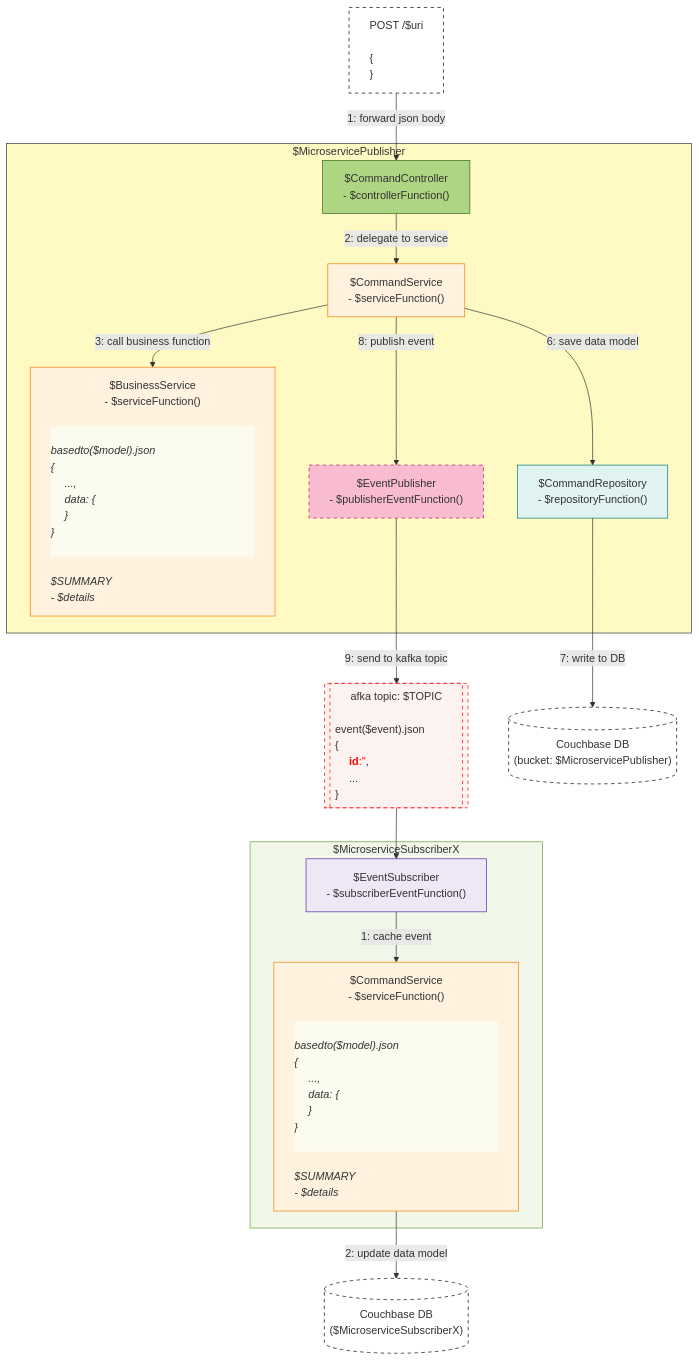
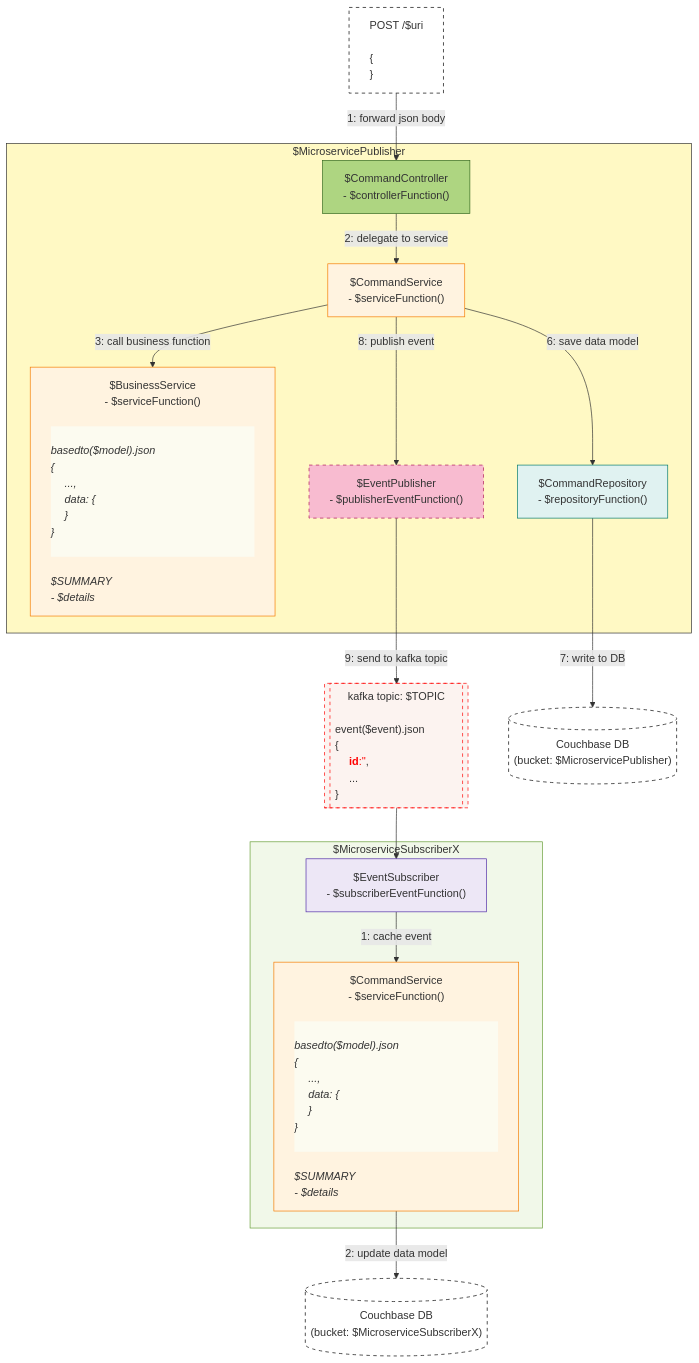
The diagram in _readme_assets/template.mmd (aakashkumar1980/apps-microservices), drawn with Mermaid before and after one commit. The commit also changed 1 other file, not shown here.

```diff
--- a/_readme_assets/template.mmd
+++ b/_readme_assets/template.mmd
@@ -1,102 +1,102 @@
 %%{ init: { "flowchart": { "htmlLabels": true, "wrappingWidth": 500 } } }%%
 flowchart TD
 
 %% %%%%%%%%%%%%%%%%%%%%% %%
 %% MicroservicePublisher %%
 %% %%%%%%%%%%%%%%%%%%%%% %%
 POSTMAN["POST /$uri
   <div style='text-align: left'>
     {
     }
   </div>
 "]:::external
 
 subgraph $MicroservicePublisher
 style $MicroservicePublisher fill:#FFF9C4,stroke:#333,stroke-width:1px
   MPCC["$CommandController<br> - $controllerFunction()"]:::controller
   MPCS["$CommandService<br> - $serviceFunction()"]:::service
 
   MPBS["$BusinessService<br> - $serviceFunction()
     <div style='text-align:left; font-style: italic;'>
       <div style='background-color:rgb(252, 251, 240); width:300px;'>
         basedto($model).json
         {
           #emsp; ...,
           #emsp; data: {
           #emsp; }
         }<br>
       </div>
       $SUMMARY
       - $details
     </div>
   "]:::service
 
   MPCR["$CommandRepository<br> - $repositoryFunction()"]:::repository
   MPEP["$EventPublisher<br> - $publisherEventFunction()"]:::event
 end
 
-KAFKA[["afka topic: $TOPIC
+KAFKA[["kafka topic: $TOPIC
   <div style='text-align:left; background-color:#fcf3f0; width:180px;'>
     event($event).json
     {
       #emsp; <font color=red><b>id</b>:''</font>,
       #emsp; ...
     }
   </div>
 "]]:::kafka
 
 CHBMP[("Couchbase DB<br>(bucket: $MicroservicePublisher)")]:::db
 
 %% Flow Steps (Main Command Flow)
 POSTMAN -->|1: forward json body | MPCC
 MPCC -->|2: delegate to service| MPCS
 MPCS -->|3: call business function| MPBS
 MPCS -->|6: save data model| MPCR
 MPCR -->|7: write to DB| CHBMP
 MPCS -->|8: publish event| MPEP
 MPEP -->|9: send to kafka topic| KAFKA
 
 
 %% %%%%%%%%%%%%%%%%%%%%%%% %%
 %% MicroserviceSubscriberX %%
 %% %%%%%%%%%%%%%%%%%%%%%%% %%
 subgraph $MicroserviceSubscriberX
 style $MicroserviceSubscriberX fill:#F1F8E9,stroke:#689F38,stroke-width:1px
   MSES["$EventSubscriber<br> - $subscriberEventFunction()"]:::subscriber
 
   MSCS["$CommandService<br> - $serviceFunction()
     <div style='text-align:left; font-style: italic;'>
       <div style='background-color:rgb(252, 251, 240); width:300px;'>
         basedto($model).json
         {
           #emsp; ...,
           #emsp; data: {
           #emsp; }
         }<br>
       </div>
       $SUMMARY
       - $details
     </div>
   "]:::service
 end
 
-CHBMSX[("Couchbase DB<br>($MicroserviceSubscriberX)")]:::db
+CHBMSX[("Couchbase DB<br>(bucket: $MicroserviceSubscriberX)")]:::db
 
 %% Flow Steps (SubscribersX Flow)
 KAFKA --> MSES
 MSES -->|1: cache event| MSCS
 MSCS -->|2: update data model| CHBMSX
 
 
 
 %% $$$$$$$ $$
 %% Styling %%
 %% $$$$$$$ $$
 classDef controller fill:#AED581,stroke:#33691E,stroke-width:1px;
 classDef service fill:#FFF3E0,stroke:#F57C00,stroke-width:1px;
 classDef repository fill:#E0F2F1,stroke:#00796B,stroke-width:1px;
 classDef event fill:#F8BBD0,stroke:#AD1457,stroke-width:1px,stroke-dasharray: 5 5;
 classDef subscriber fill:#EDE7F6,stroke:#512DA8,stroke-width:1px;
 classDef external fill:#FFFFFF,stroke:#000,stroke-width:1px,stroke-dasharray: 5 5;
 classDef kafka fill:#fcf3f0,stroke:red,stroke-width:1px,stroke-dasharray: 5 5;
 classDef db fill:#FFFFFF,stroke:#000,stroke-width:1px,stroke-dasharray: 5 5;
```
